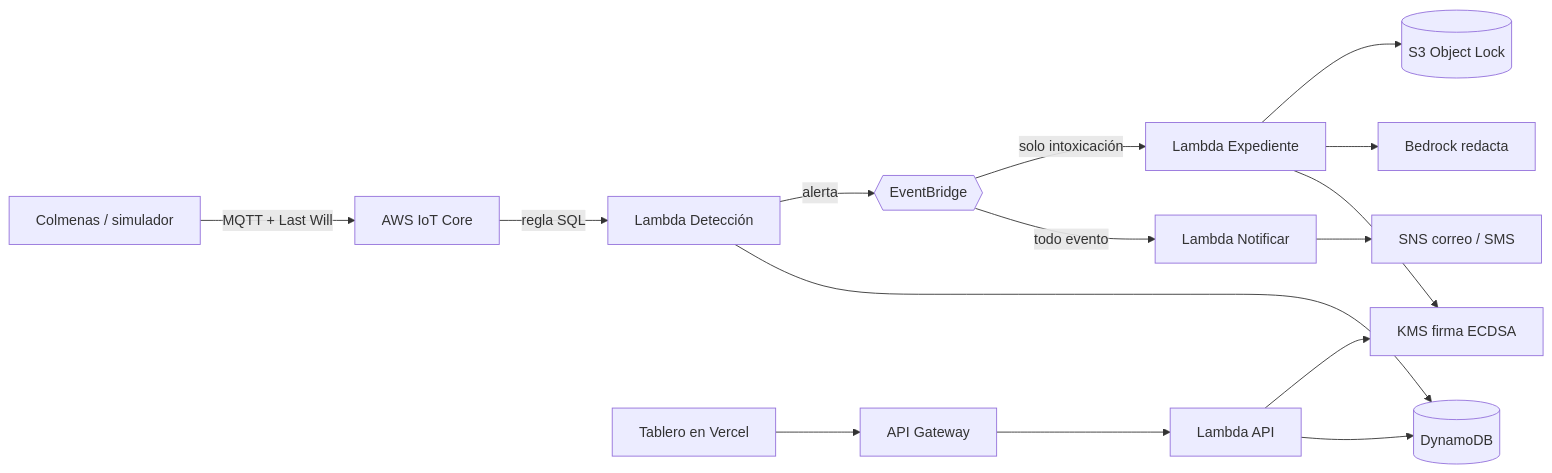
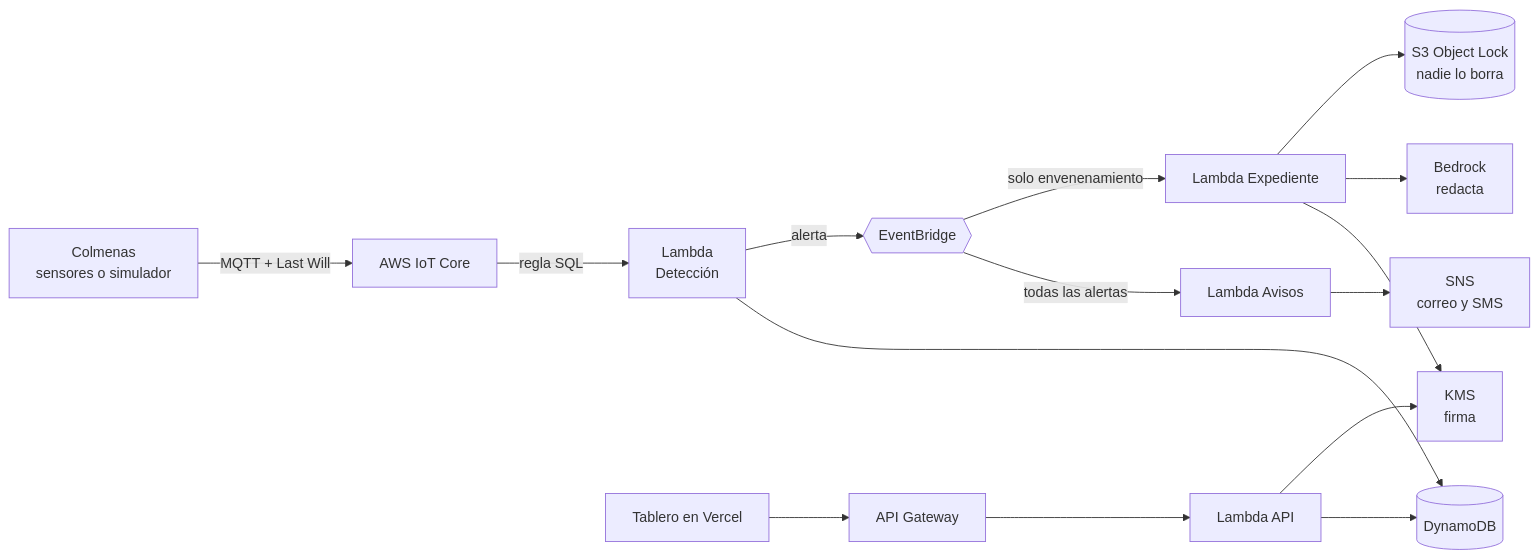
Before and after one commit to miguelangel-espinosadelosmonteros-osuna/kab-centinela: the diagram in README.md, drawn with Mermaid. The commit also changed other lines of this file, not shown here.

````diff
--- a/README.md
+++ b/README.md
@@ -22,15 +92,15 @@
 ```mermaid
 flowchart LR
-  C[Colmenas / simulador] -->|MQTT + Last Will| IOT[AWS IoT Core]
-  IOT -->|regla SQL| LD[Lambda Detección]
+  C[Colmenas<br/>sensores o simulador] -->|MQTT + Last Will| IOT[AWS IoT Core]
+  IOT -->|regla SQL| LD[Lambda<br/>Detección]
   LD --> DDB[(DynamoDB)]
   LD -->|alerta| EB{{EventBridge}}
-  EB -->|todo evento| LN[Lambda Notificar] --> SNS[SNS correo / SMS]
-  EB -->|solo intoxicación| LE[Lambda Expediente]
-  LE --> KMS[KMS firma ECDSA]
-  LE --> BR[Bedrock redacta]
-  LE --> S3[(S3 Object Lock)]
+  EB -->|todas las alertas| LN[Lambda Avisos] --> SNS[SNS<br/>correo y SMS]
+  EB -->|solo envenenamiento| LE[Lambda Expediente]
+  LE --> KMS[KMS<br/>firma]
+  LE --> BR[Bedrock<br/>redacta]
+  LE --> S3[(S3 Object Lock<br/>nadie lo borra)]
   WEB[Tablero en Vercel] --> APIGW[API Gateway] --> LA[Lambda API]
   LA --> DDB
   LA --> KMS
 ```
````
